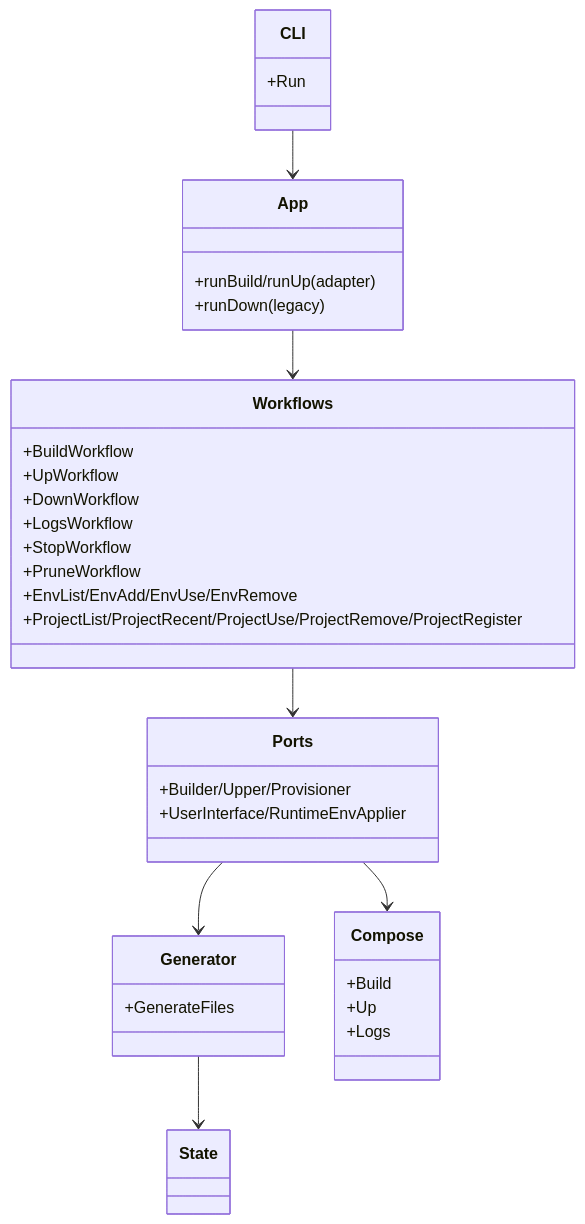
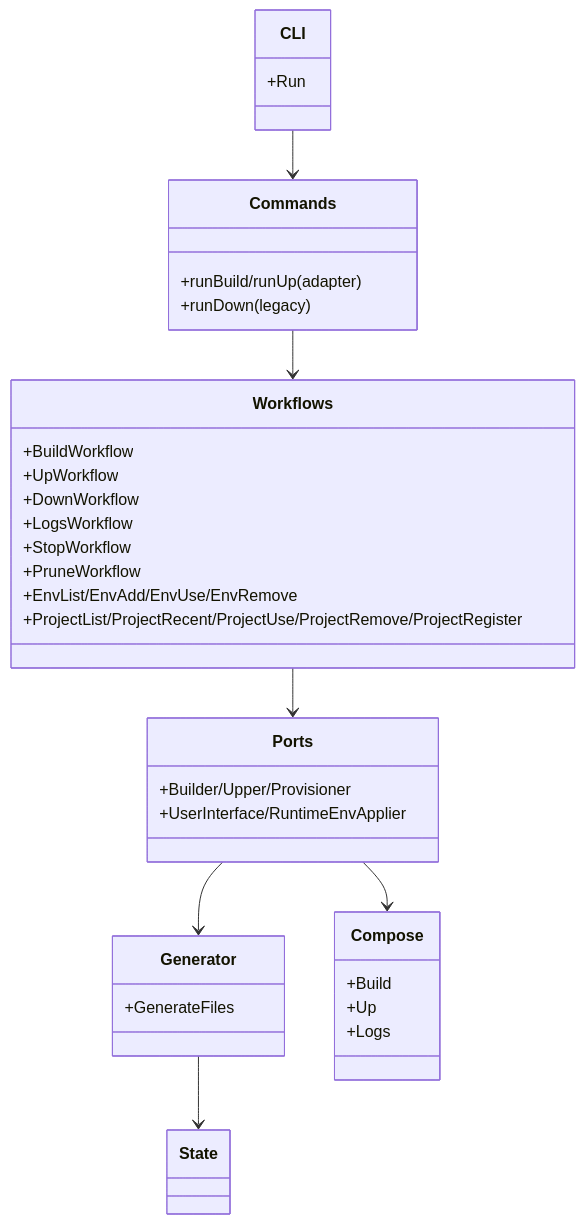
The first of 3 diagrams in docs/developer/cli-architecture.md (poruru-code/esb), drawn with Mermaid before and after one commit. The commit also changed other lines of this file and 136 other files, not shown here.

Commit message:
CLI: commands/helpers cleanup / CLI: commands/helpers整理

````diff
--- a/docs/developer/cli-architecture.md
+++ b/docs/developer/cli-architecture.md
@@ -17,39 +18,39 @@
 ```mermaid
 classDiagram
     class CLI {
         +Run
     }
-    class App {
+    class Commands {
         +runBuild/runUp (adapter)
         +runDown (legacy)
     }
     class Workflows {
         +BuildWorkflow
         +UpWorkflow
         +DownWorkflow
         +LogsWorkflow
         +StopWorkflow
         +PruneWorkflow
         +EnvList/EnvAdd/EnvUse/EnvRemove
         +ProjectList/ProjectRecent/ProjectUse/ProjectRemove/ProjectRegister
     }
     class Ports {
         +Builder/Upper/Provisioner
         +UserInterface/RuntimeEnvApplier
     }
     class Generator {
         +GenerateFiles
     }
     class Compose {
         +Build
         +Up
         +Logs
     }
     class State
-    CLI --> App
-    App --> Workflows
+    CLI --> Commands
+    Commands --> Workflows
     Workflows --> Ports
     Ports --> Generator
     Ports --> Compose
     Generator --> State
 ```
````
